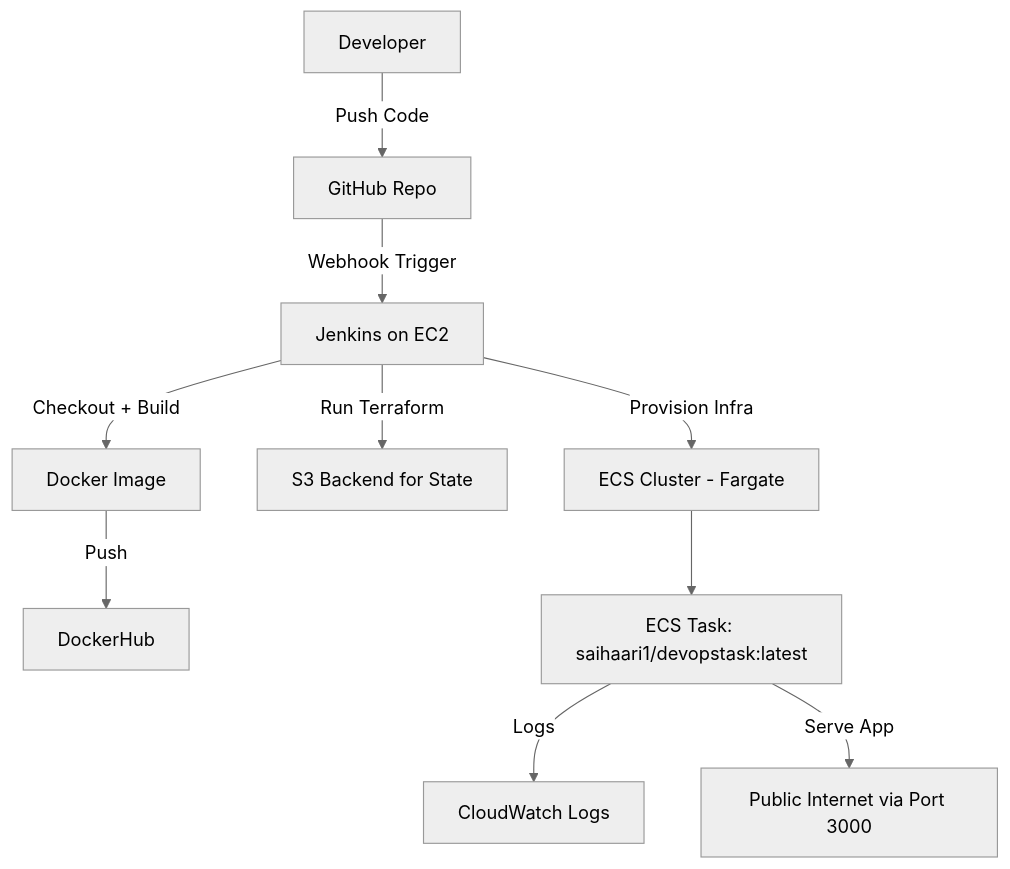
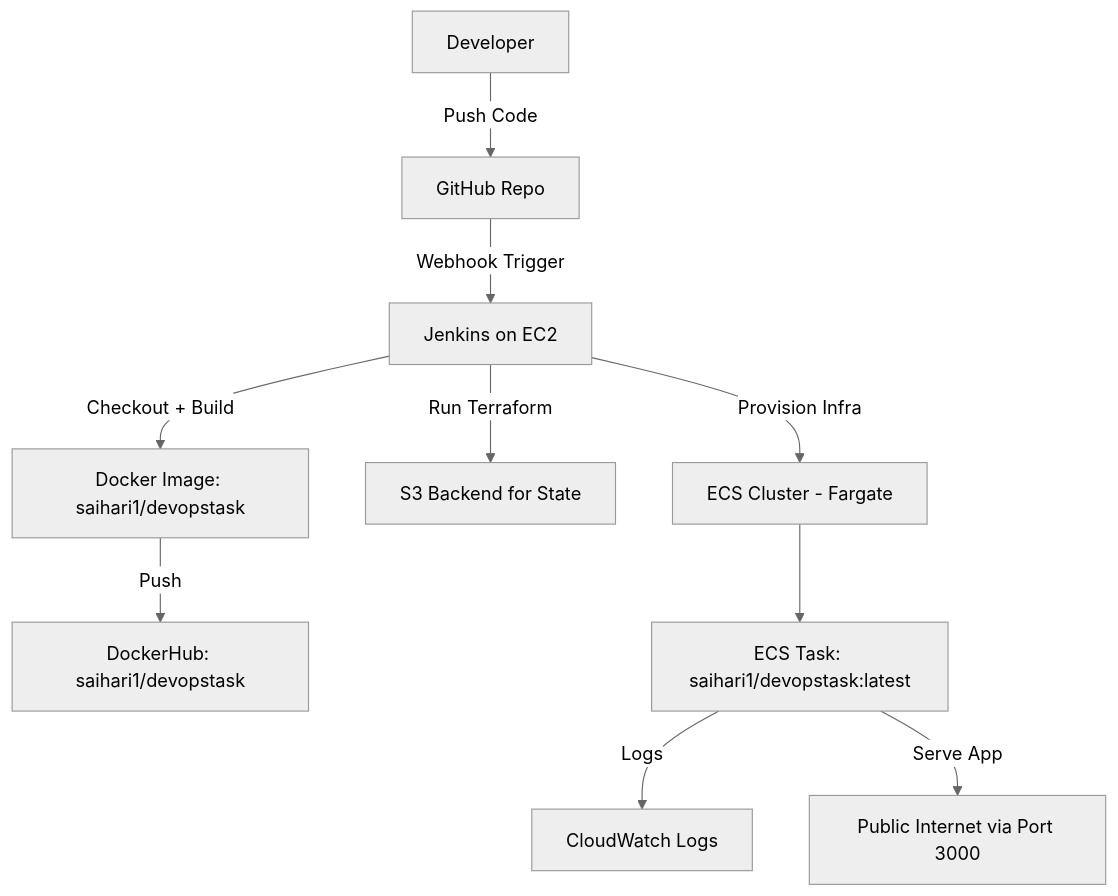
One commit to saihari1/devops-task1 changed the diagram in README.md. Above: the diagram before and after it, drawn with Mermaid (neutral theme). The commit also changed other lines of this file, not shown here.

````diff
--- a/README.md
+++ b/README.md
@@ -65,12 +63,12 @@
 ```mermaid
 flowchart TD
     A[Developer] -->|Push Code| B[GitHub Repo]
     B -->|Webhook Trigger| C[Jenkins on EC2]
-    C -->|Checkout + Build| D[Docker Image]
-    D -->|Push| E[DockerHub]
+    C -->|Checkout + Build| D[Docker Image: saihari1/devopstask]
+    D -->|Push| E[DockerHub: saihari1/devopstask]
     C -->|Run Terraform| F[S3 Backend for State]
     C -->|Provision Infra| G[ECS Cluster - Fargate]
-    G --> H[ECS Task: saihaari1/devopstask:latest]
+    G --> H[ECS Task: saihari1/devopstask:latest]
     H -->|Logs| I[CloudWatch Logs]
     H -->|Serve App| J[Public Internet via Port 3000]
 ```
````
